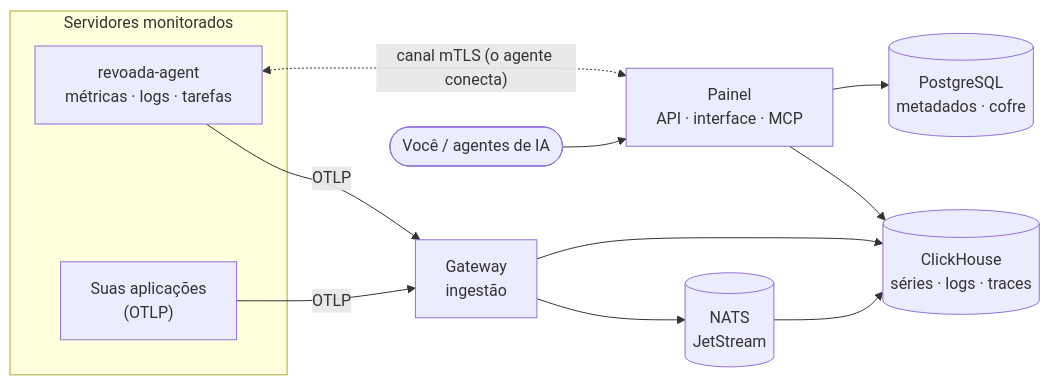
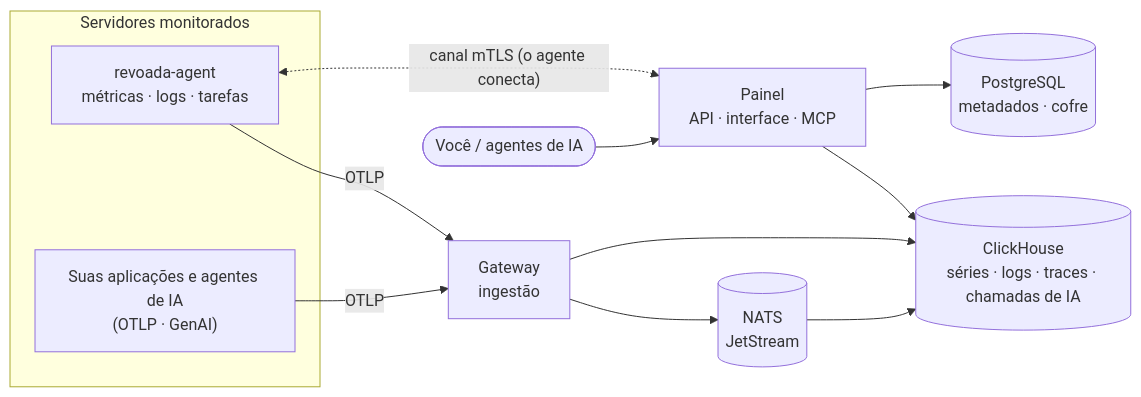
The diagram in README.md (eduardorarruda/revoada), drawn with Mermaid before and after one commit. The commit also changed other lines of this file and 2 other files, not shown here.

First line of the commit message:
docs: README com Agentes de IA e capturas

````diff
--- a/README.md
+++ b/README.md
@@ -163,16 +184,16 @@
 ```mermaid
 flowchart LR
   subgraph srv["Servidores monitorados"]
     A["revoada-agent<br/>métricas · logs · tarefas"]
-    APP["Suas aplicações<br/>(OTLP)"]
+    APP["Suas aplicações e agentes de IA<br/>(OTLP · GenAI)"]
   end
   A -- "OTLP" --> G
   APP -- "OTLP" --> G
   A <-. "canal mTLS (o agente conecta)" .-> P
   G["Gateway<br/>ingestão"] --> N[("NATS<br/>JetStream")]
-  N --> CH[("ClickHouse<br/>séries · logs · traces")]
+  N --> CH[("ClickHouse<br/>séries · logs · traces · chamadas de IA")]
   G --> CH
   P["Painel<br/>API · interface · MCP"] --> CH
   P --> PG[("PostgreSQL<br/>metadados · cofre")]
   U(["Você / agentes de IA"]) --> P
 ```
````
